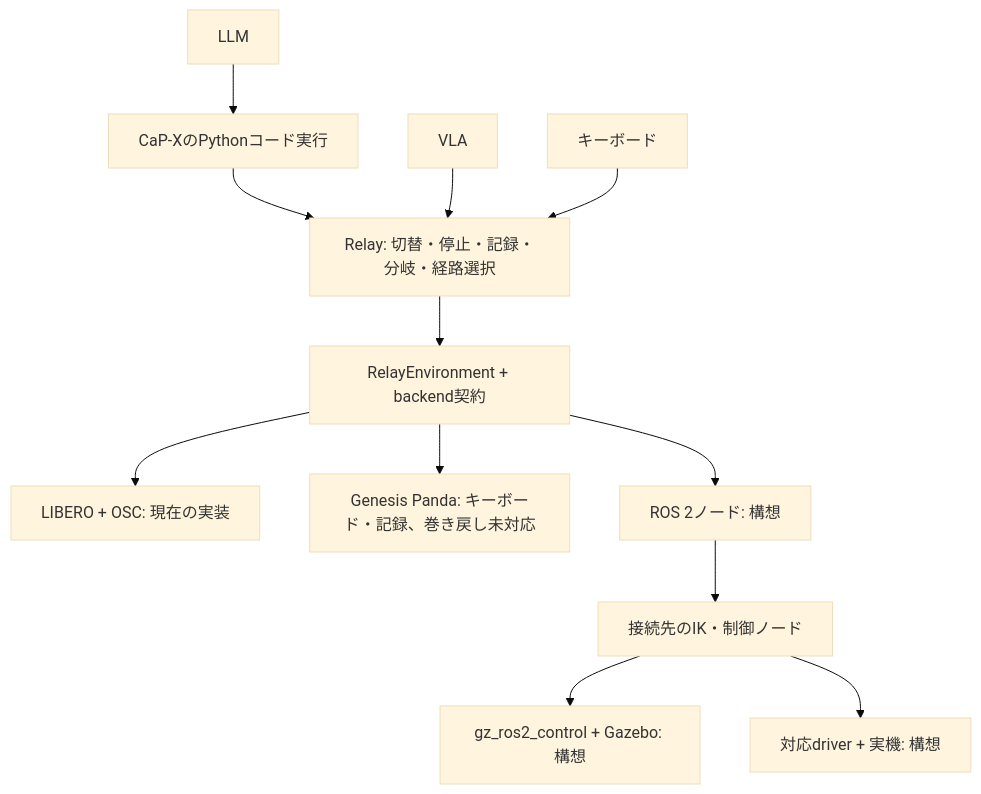
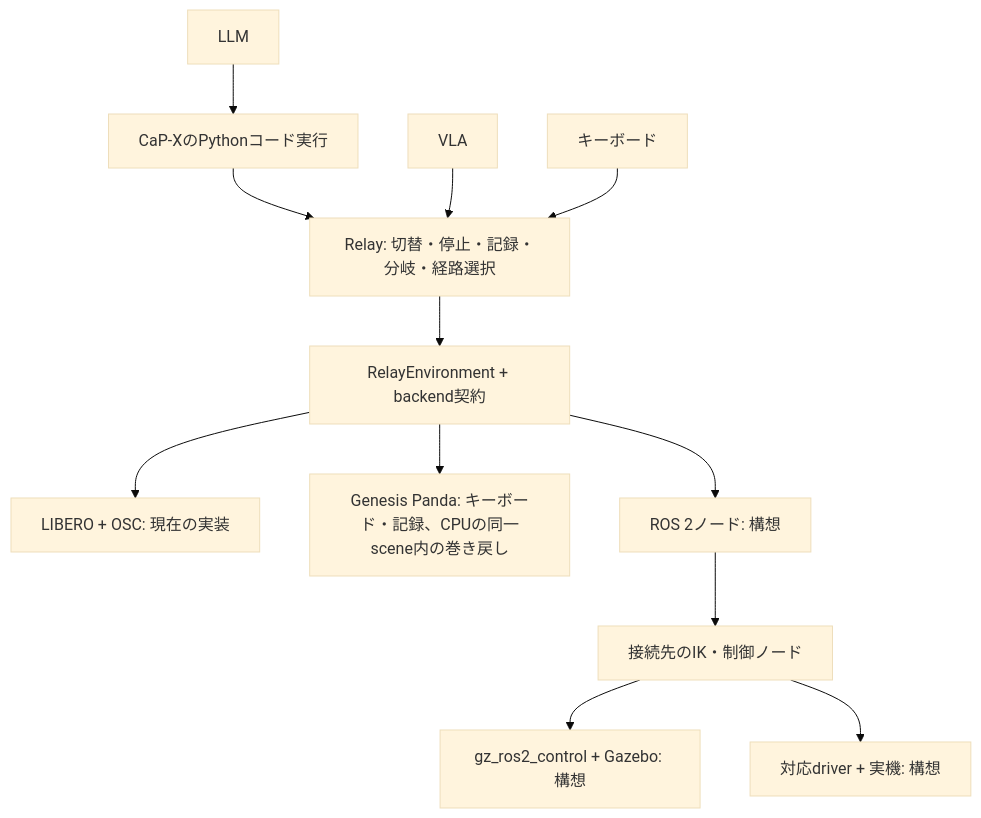
The diagram in docs/environment-adapters.md (takumiecd/relay), drawn with Mermaid (base theme) before and after one commit. The commit also changed other lines of this file and 10 other files, not shown here.

Commit message:
Add exact Genesis checkpoints and branching timeline support

````diff
--- a/docs/environment-adapters.md
+++ b/docs/environment-adapters.md
@@ -88,14 +89,14 @@
 ```mermaid
 flowchart TD
     L[LLM] --> C[CaP-XのPythonコード実行]
     C --> R[Relay: 切替・停止・記録・分岐・経路選択]
     V[VLA] --> R
     K[キーボード] --> R
     R --> A[RelayEnvironment + backend契約]
     A --> B[LIBERO + OSC: 現在の実装]
-    A --> G[Genesis Panda: キーボード・記録、巻き戻し未対応]
+    A --> G[Genesis Panda: キーボード・記録、CPUの同一scene内の巻き戻し]
     A --> N[ROS 2ノード: 構想]
     N --> T[接続先のIK・制御ノード]
     T --> Z[gz_ros2_control + Gazebo: 構想]
     T --> H[対応driver + 実機: 構想]
 ```
````
